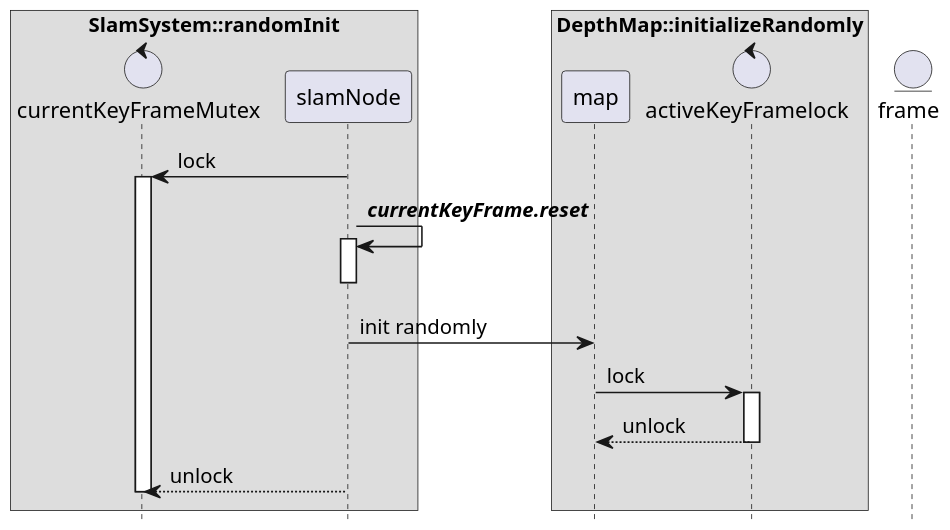
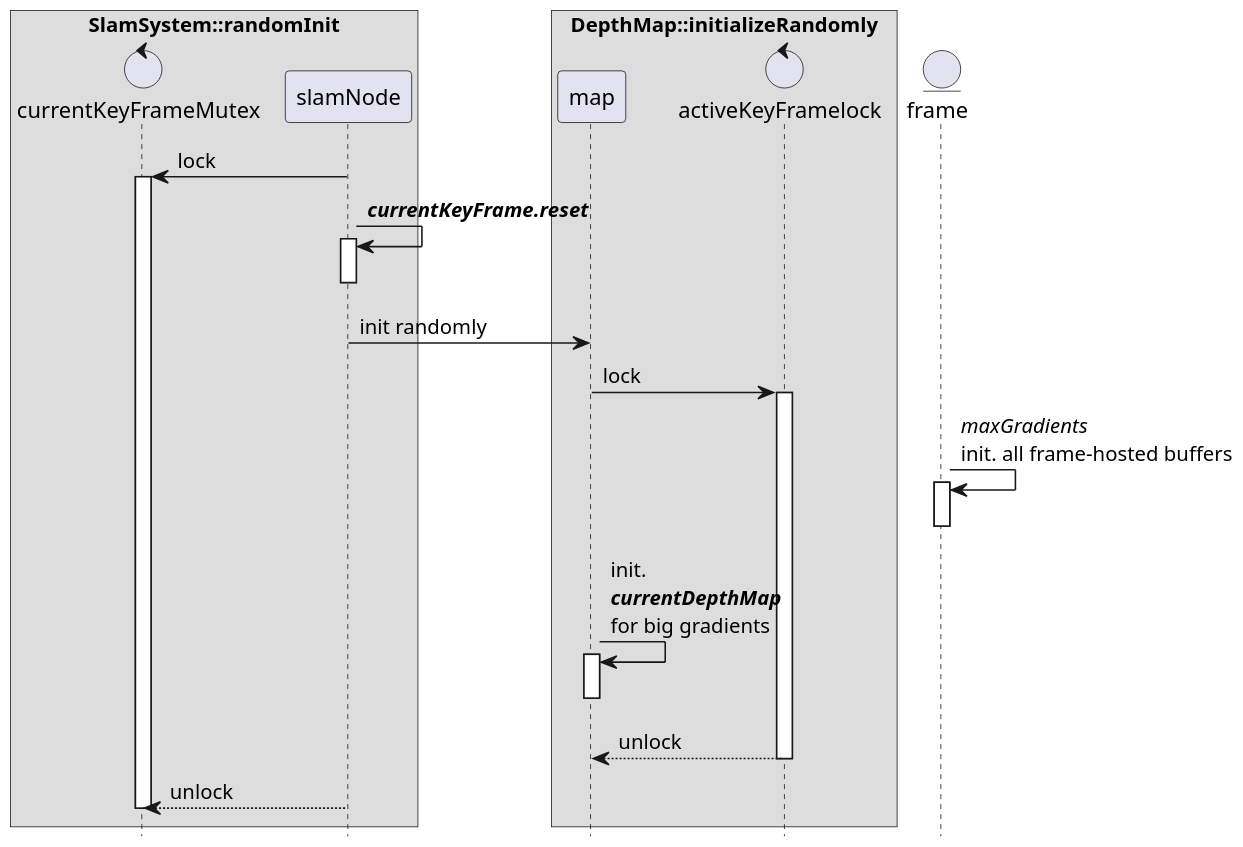
Before and after one commit to ziyangli/lsd_slam: the diagram in lsd_slam_core/src/sequence.puml, drawn with PlantUML.

```diff
--- a/lsd_slam_core/src/sequence.puml
+++ b/lsd_slam_core/src/sequence.puml
@@ -1,44 +1,49 @@
 @startuml
 skinparam dpi 150
 hide footbox
 
 control currentKeyFrameMutex
 box "SlamSystem::randomInit"
 participant currentKeyFrameMutex
 participant slamNode
 end box
 
 control activeKeyFramelock
 box "DepthMap::initializeRandomly"
 participant map
 participant activeKeyFramelock
 end box
 
 entity frame
 
 slamNode -> currentKeyFrameMutex : lock
 activate currentKeyFrameMutex
 
 slamNode -> slamNode: //**currentKeyFrame.reset**//
 activate slamNode
 deactivate slamNode
 
 slamNode -> map: init randomly
 
 map -> activeKeyFramelock : lock
 activate activeKeyFramelock
 
+frame -> frame : //maxGradients//\ninit. all frame-hosted buffers
+activate frame
+deactivate frame
 
-
+map -> map: init. \n//**currentDepthMap**//\nfor big gradients
+activate map
+deactivate map
 
 map <-- activeKeyFramelock : unlock
 deactivate activeKeyFramelock
 
 
 
 
 slamNode --> currentKeyFrameMutex : unlock
 deactivate currentKeyFrameMutex
 
 
 @enduml
```
